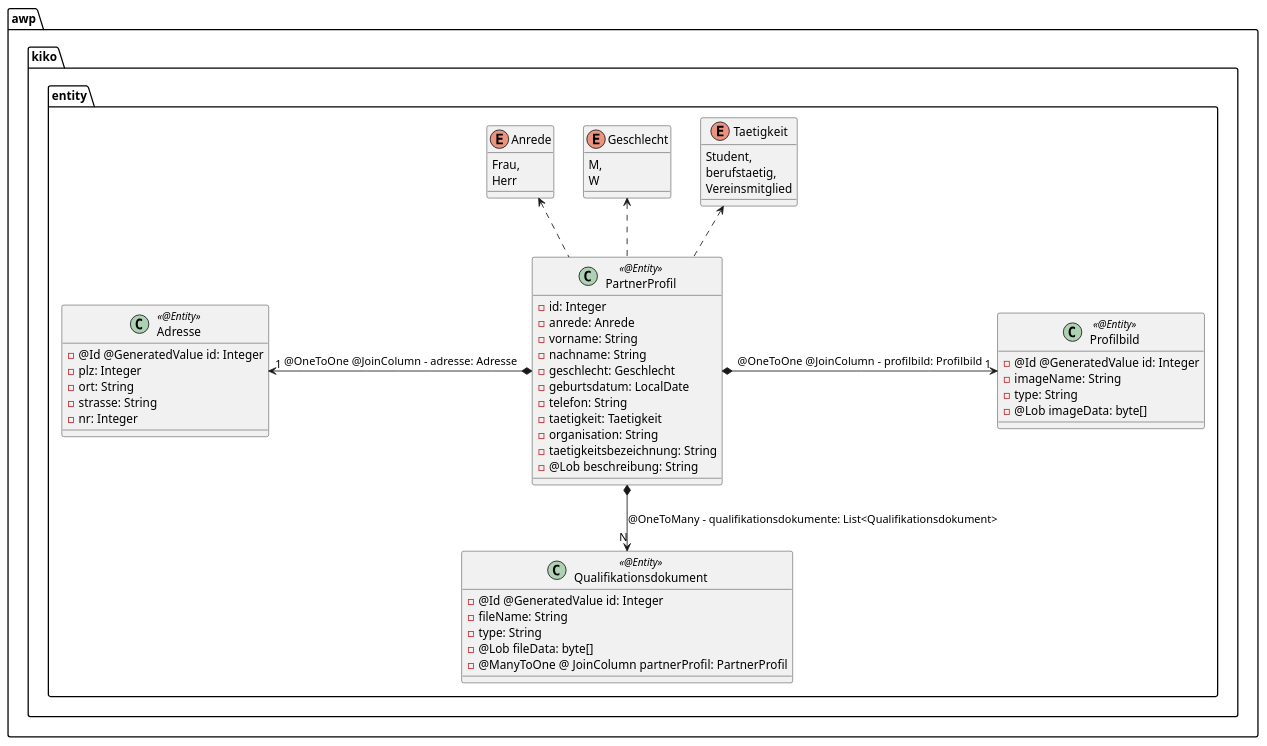
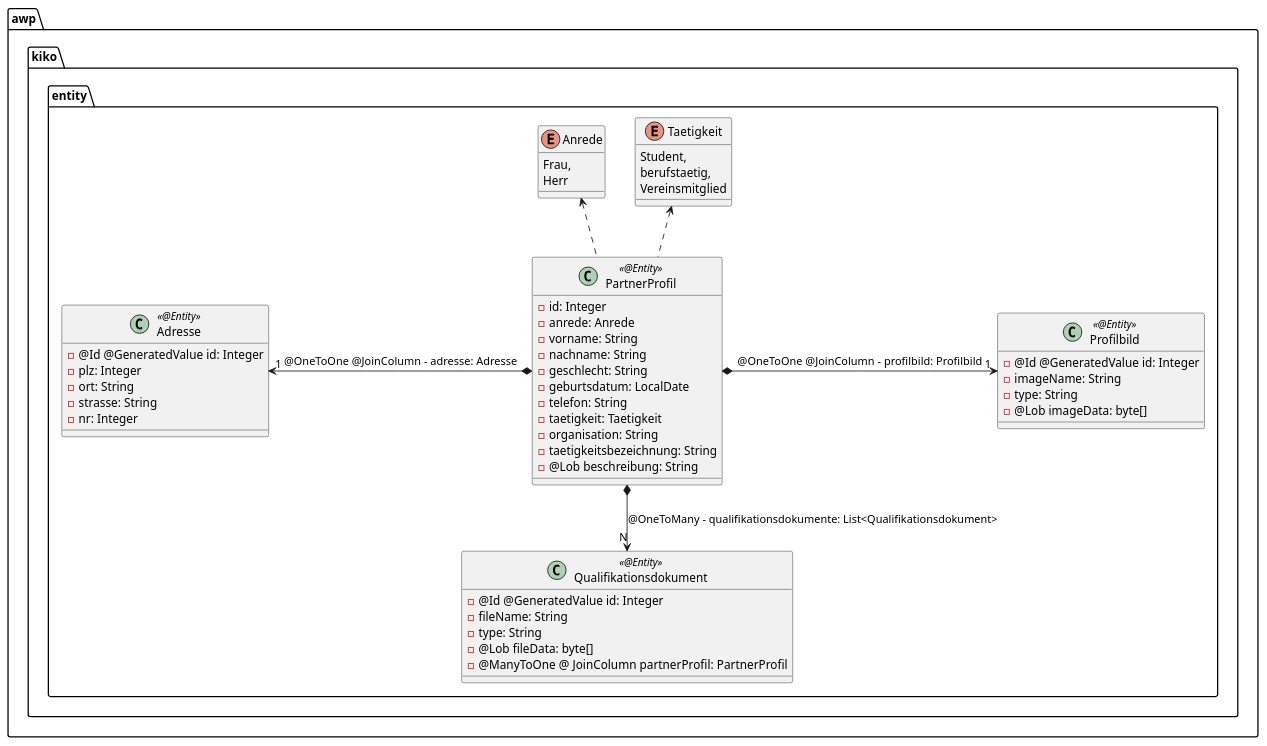
The diagram in backend/.extras/doc/PartnerProfil.plantuml (GoldHeartsRE/kiko), drawn with PlantUML before and after one commit. The commit also changed 2 other files, not shown here.

Commit message:
Geschlecht nicht mehr als Enum sondern als String

```diff
--- a/backend/.extras/doc/PartnerProfil.plantuml
+++ b/backend/.extras/doc/PartnerProfil.plantuml
@@ -1,65 +1,59 @@
 @startuml PartnerProfil
 package awp.kiko.entity {
     class PartnerProfil <<@Entity>> {
         - id: Integer
         - anrede: Anrede
         - vorname: String
         - nachname: String
-        - geschlecht: Geschlecht
+        - geschlecht: String
         - geburtsdatum: LocalDate
         - telefon: String
         - taetigkeit: Taetigkeit
         - organisation: String
         - taetigkeitsbezeichnung: String
         - @Lob beschreibung: String
     }
 
     enum Anrede {
         Frau,
         Herr
-    }
-
-    enum Geschlecht {
-        M,
-        W
     }
 
     enum Taetigkeit {
         Student,
         berufstaetig,
         Vereinsmitglied
     }
 
     class Adresse <<@Entity>> {
         - @Id @GeneratedValue id: Integer
         - plz: Integer
         - ort: String
         - strasse: String
         - nr: Integer
     }
 
     class Profilbild <<@Entity>> {
         - @Id @GeneratedValue id: Integer
         - imageName: String
         - type: String
         - @Lob imageData: byte[]
     }
 
     class Qualifikationsdokument <<@Entity>> {
         - @Id @GeneratedValue id: Integer
         - fileName: String
         - type: String
         - @Lob fileData: byte[]
         - @ManyToOne @ JoinColumn partnerProfil: PartnerProfil
     }
 
     PartnerProfil *-left-> "1" Adresse: @OneToOne @JoinColumn - adresse: Adresse
     PartnerProfil *-right-> "1" Profilbild: @OneToOne @JoinColumn - profilbild: Profilbild
     PartnerProfil *-down-> "N" Qualifikationsdokument: @OneToMany - qualifikationsdokumente: List<Qualifikationsdokument>
 
     PartnerProfil .up.> Anrede
-    PartnerProfil .up.> Geschlecht
     PartnerProfil .up.> Taetigkeit
 }
 
 @enduml
```
